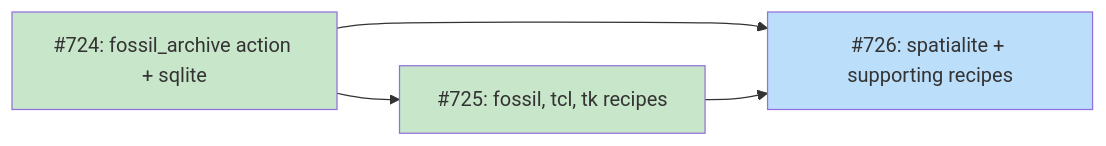
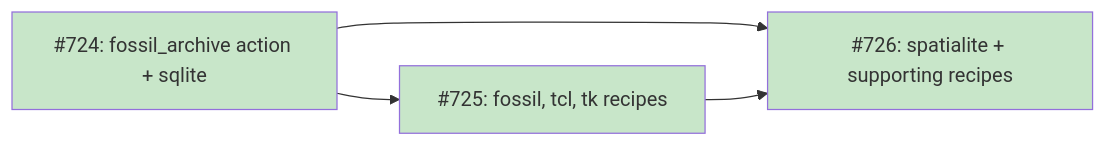
One commit to tsukumogami/tsuku changed the diagram in docs/DESIGN-fossil-archive.md. Above: the diagram before and after it, drawn with Mermaid. The commit also changed other lines of this file and 6 other files, not shown here.

````diff
--- a/docs/DESIGN-fossil-archive.md
+++ b/docs/DESIGN-fossil-archive.md
@@ -19,18 +19,17 @@
 ```mermaid
 graph LR
     I724["#724: fossil_archive action + sqlite"]
     I725["#725: fossil, tcl, tk recipes"]
     I726["#726: spatialite + supporting recipes"]
 
     I724 --> I725
     I724 --> I726
     I725 --> I726
 
     classDef done fill:#c8e6c9
     classDef ready fill:#bbdefb
     classDef blocked fill:#fff9c4
     classDef needsDesign fill:#e1bee7
 
-    class I724,I725 done
-    class I726 ready
+    class I724,I725,I726 done
 ```
````
